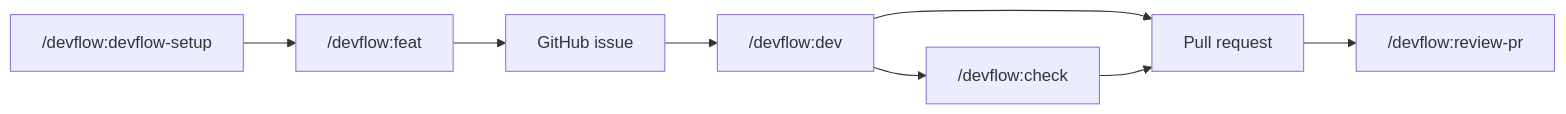
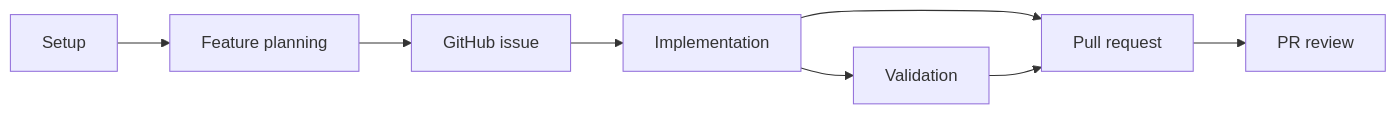
Before and after one commit to docutray/devflow-skill: the diagram in README.md, drawn with Mermaid. The commit also changed other lines of this file and 14 other files, not shown here.

````diff
--- a/README.md
+++ b/README.md
@@ -32,10 +32,10 @@
 ```mermaid
 flowchart LR
-    setup["/devflow:devflow-setup"] --> feat["/devflow:feat"]
+    setup["Setup"] --> feat["Feature planning"]
     feat --> issue["GitHub issue"]
-    issue --> dev["/devflow:dev"]
+    issue --> dev["Implementation"]
     dev --> pr["Pull request"]
-    dev --> check["/devflow:check"]
+    dev --> check["Validation"]
     check --> pr
-    pr --> review["/devflow:review-pr"]
+    pr --> review["PR review"]
 ```
````
